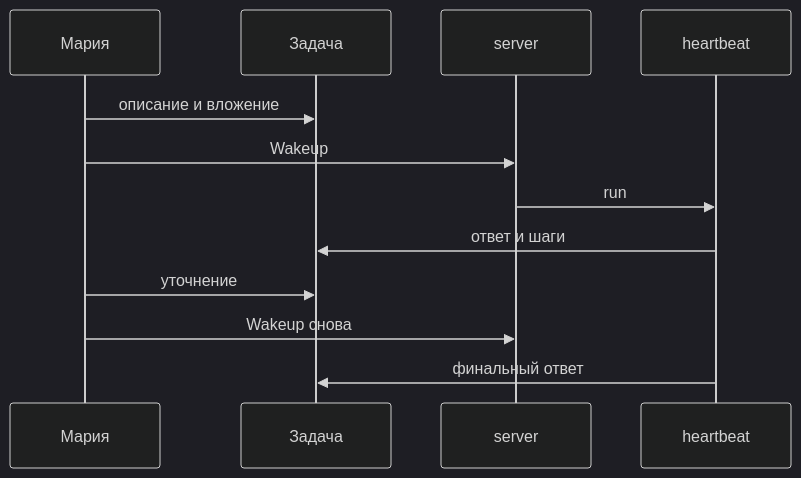
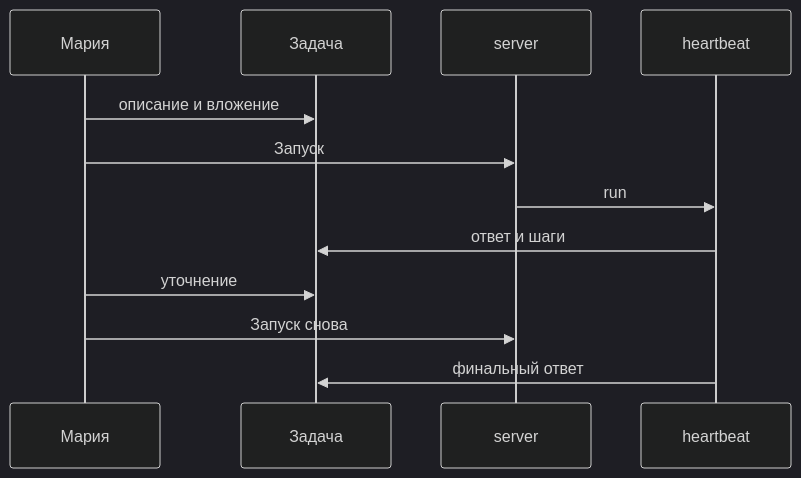
Before and after one commit to Dmitriion/datagent-docs: the diagram in docs/guides/03-one-task.md, drawn with Mermaid (dark theme). The commit also changed other lines of this file and 10 other files, not shown here.

````diff
--- a/docs/guides/03-one-task.md
+++ b/docs/guides/03-one-task.md
@@ -68,14 +68,14 @@
 ```mermaid
 sequenceDiagram
   participant M as Мария
   participant I as Задача
   participant S as server
   participant H as heartbeat
   M->>I: описание и вложение
-  M->>S: Wakeup
+  M->>S: Запуск
   S->>H: run
   H->>I: ответ и шаги
   M->>I: уточнение
-  M->>S: Wakeup снова
+  M->>S: Запуск снова
   H->>I: финальный ответ
 ```
````
